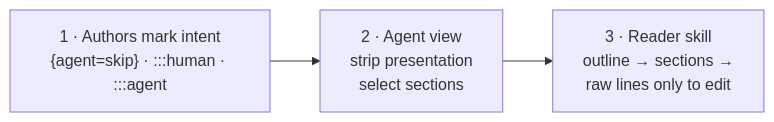
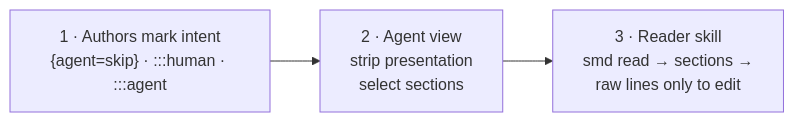
One commit to bislink360/styled-markdown changed the diagram in docs/SKILLS.md. Above: the diagram before and after it, drawn with Mermaid. The commit also changed other lines of this file and 71 other files, not shown here.

Commit message:
feat(agents): community adoption — smd read, smd init --agent, slimmer skills and MCP, plugin, community files (#142)

````diff
--- a/docs/SKILLS.md
+++ b/docs/SKILLS.md
@@ -167,5 +169,5 @@
 ```mermaid
 flowchart LR
     A["1 · Authors mark intent<br/>{agent=skip} · :::human · :::agent"] --> B["2 · Agent view<br/>strip presentation<br/>select sections"]
-    B --> C["3 · Reader skill<br/>outline → sections →<br/>raw lines only to edit"]
+    B --> C["3 · Reader skill<br/>smd read → sections →<br/>raw lines only to edit"]
 ```
````
